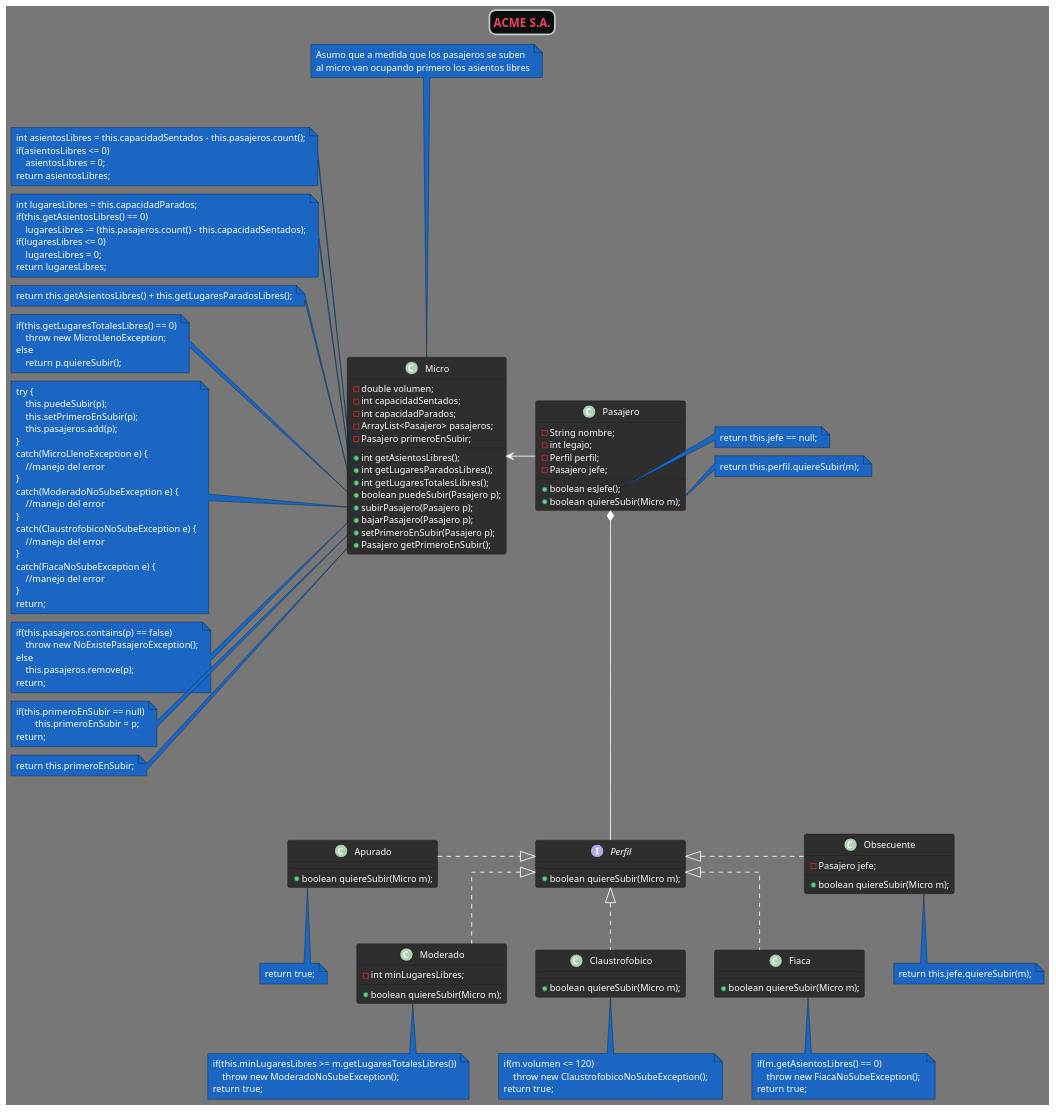
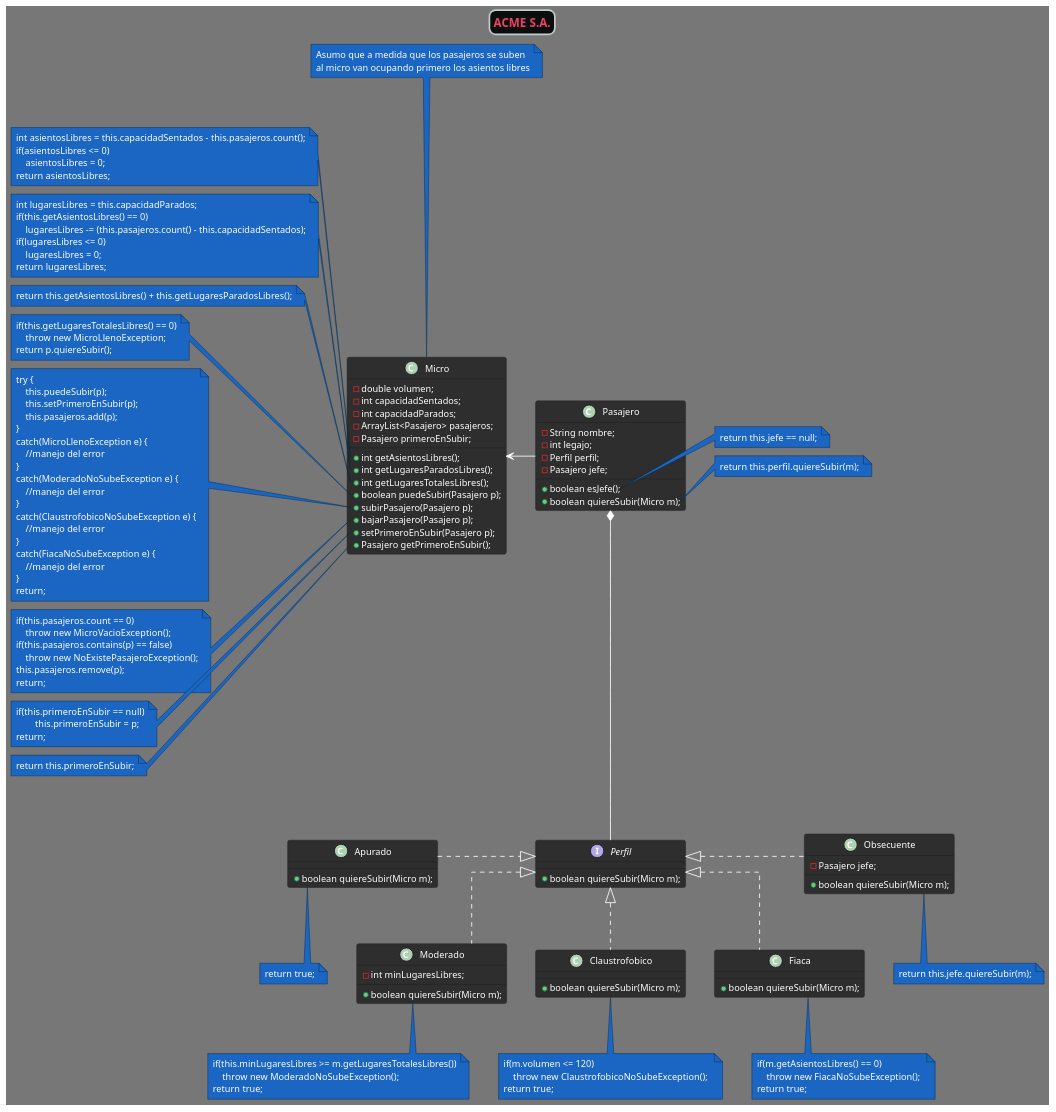
One commit to m-doce/ejercicios_utn changed the diagram in EjercicioMicros/src/diagrama.puml. Above: the diagram before and after it, drawn with PlantUML.

Commit message:
Finalizado el diagrama de clases

```diff
--- a/EjercicioMicros/src/diagrama.puml
+++ b/EjercicioMicros/src/diagrama.puml
@@ -1,177 +1,177 @@
 @startuml
 title "ACME S.A."
 !theme reddress-darkblue
 scale 1.3
 skinparam Linetype ortho
 skinparam titleBorderRoundCorner 15
 skinparam titleBorderThickness 2
 skinparam titleBorderColor #C4CBCA
 skinparam titleBackgroundColor #0A0F0D
 skinparam defaultFontColor #FFFFFF
 skinparam titleFontColor #EE4266
 
 
 
 class Micro {
     -double volumen;
     -int capacidadSentados;
     -int capacidadParados;
     -ArrayList<Pasajero> pasajeros;
     -Pasajero primeroEnSubir;
 
     +int getAsientosLibres();
     +int getLugaresParadosLibres();
     +int getLugaresTotalesLibres();
     +boolean puedeSubir(Pasajero p);
     +subirPasajero(Pasajero p);
     +bajarPasajero(Pasajero p);
     +setPrimeroEnSubir(Pasajero p);
     +Pasajero getPrimeroEnSubir();
 }
 
 class Pasajero {
     -String nombre;
     -int legajo;
     -Perfil perfil;
     -Pasajero jefe;
 
     +boolean esJefe();
     +boolean quiereSubir(Micro m);
 }
 
 interface Perfil {
     +boolean quiereSubir(Micro m);
 }
 
 class Apurado {
     +boolean quiereSubir(Micro m);
 }
 
 class Claustrofobico {
     +boolean quiereSubir(Micro m);
 }
 
 class Fiaca {
     +boolean quiereSubir(Micro m);
 }
 
 class Moderado {
     -int minLugaresLibres;
 
     +boolean quiereSubir(Micro m);
 }
 
 class Obsecuente {
     -Pasajero jefe;
 
     +boolean quiereSubir(Micro m);
 }
 
 
 
 'Relaciones
 Pasajero -l-> Micro
 Pasajero *-- Perfil
 
 Perfil <|.l. Apurado
 Perfil <|.. Claustrofobico
 Perfil <|.. Fiaca
 Perfil <|.. Moderado
 Perfil <|.r. Obsecuente
 
 
 'Notas
 'Perfiles
 note bottom of Apurado: return true;
 
 note bottom of Claustrofobico: if(m.volumen <= 120)\n    throw new ClaustrofobicoNoSubeException(); \nreturn true;
 
 note bottom of Fiaca: if(m.getAsientosLibres() == 0)\n    throw new FiacaNoSubeException(); \nreturn true;
 
 note bottom of Moderado: if(this.minLugaresLibres >= m.getLugaresTotalesLibres())\n    throw new ModeradoNoSubeException(); \nreturn true;
 
 note bottom of Obsecuente: return this.jefe.quiereSubir(m);
 
 'Pasajero
 note right of Pasajero::esJefe
 return this.jefe == null;
 endnote
 
 note right of Pasajero::quiereSubir
 return this.perfil.quiereSubir(m);
 endnote
 
 'Micro
 note as N1
 Asumo que a medida que los pasajeros se suben
 al micro van ocupando primero los asientos libres
 endnote
 Micro -u- N1
 
 note left of Micro::getAsientosLibres
 int asientosLibres = this.capacidadSentados - this.pasajeros.count();
 if(asientosLibres <= 0)
     asientosLibres = 0;
 return asientosLibres;
 endnote
 
 note left of Micro::getLugaresParadosLibres
 int lugaresLibres = this.capacidadParados;
 if(this.getAsientosLibres() == 0)
     lugaresLibres -= (this.pasajeros.count() - this.capacidadSentados);
 if(lugaresLibres <= 0)
     lugaresLibres = 0;
 return lugaresLibres;
 endnote
 
 note left of Micro::getLugaresTotalesLibres
 return this.getAsientosLibres() + this.getLugaresParadosLibres();
 endnote
 
 note left of Micro::puedeSubir
 if(this.getLugaresTotalesLibres() == 0)
     throw new MicroLlenoException;
-else
-    return p.quiereSubir();
+return p.quiereSubir();
 endnote
 
 note left of Micro::subirPasajero
 try {
     this.puedeSubir(p);
     this.setPrimeroEnSubir(p);
     this.pasajeros.add(p);
 }
 catch(MicroLlenoException e) {
     //manejo del error
 }
 catch(ModeradoNoSubeException e) {
     //manejo del error
 }
 catch(ClaustrofobicoNoSubeException e) {
     //manejo del error
 }
 catch(FiacaNoSubeException e) {
     //manejo del error
 }
 return;
 endnote
 
 note left of Micro::bajarPasajero
+if(this.pasajeros.count == 0)
+    throw new MicroVacioException();
 if(this.pasajeros.contains(p) == false)
     throw new NoExistePasajeroException();
-else
-    this.pasajeros.remove(p);
+this.pasajeros.remove(p);
 return;
 endnote
 
 note left of Micro::setPrimeroEnSubir
 if(this.primeroEnSubir == null)
         this.primeroEnSubir = p;
 return;
 endnote
 
 note left of Micro::getPrimeroEnSubir
 return this.primeroEnSubir;
 endnote
 
 @enduml
```
